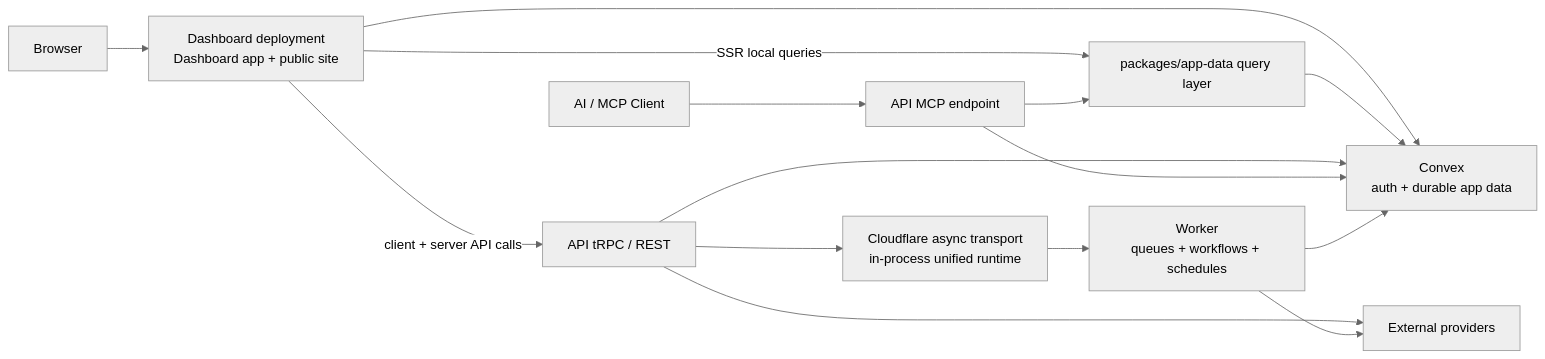
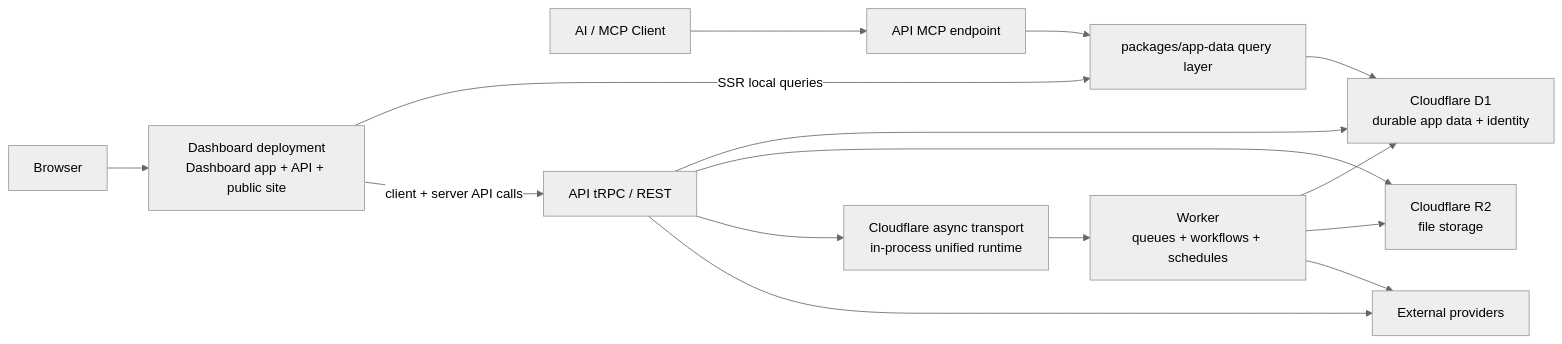
The diagram in README.md (fightingentropy/tamias), drawn with Mermaid (neutral theme) before and after one commit. The commit also changed other lines of this file and 786 other files, not shown here.

Commit message:
Migrate Tamias to Cloudflare data providers

````diff
--- a/README.md
+++ b/README.md
@@ -39,20 +38,20 @@
 ```mermaid
 flowchart LR
-  Browser["Browser"] --> Dashboard["Dashboard deployment<br/>Dashboard app + public site"]
+  Browser["Browser"] --> Dashboard["Dashboard deployment<br/>Dashboard app + API + public site"]
   AIClient["AI / MCP Client"] --> MCP["API MCP endpoint"]
 
   Dashboard -->|SSR local queries| QueryLayer["packages/app-data query layer"]
   Dashboard -->|client + server API calls| TRPC["API tRPC / REST"]
-  Dashboard --> Convex["Convex<br/>auth + durable app data"]
 
-  QueryLayer --> Convex
-  TRPC --> Convex
-  TRPC --> AsyncBridge["Cloudflare async transport<br/>in-process unified runtime"]
+  QueryLayer --> D1["Cloudflare D1<br/>durable app data + identity"]
+  TRPC --> D1
+  TRPC --> R2["Cloudflare R2<br/>file storage"]
+  TRPC --> AsyncRuntime["Cloudflare async transport<br/>in-process unified runtime"]
   TRPC --> Providers["External providers"]
-  MCP --> Convex
   MCP --> QueryLayer
 
-  AsyncBridge --> Worker["Worker<br/>queues + workflows + schedules"]
-  Worker --> Convex
+  AsyncRuntime --> Worker["Worker<br/>queues + workflows + schedules"]
+  Worker --> D1
+  Worker --> R2
   Worker --> Providers
 ```
````
